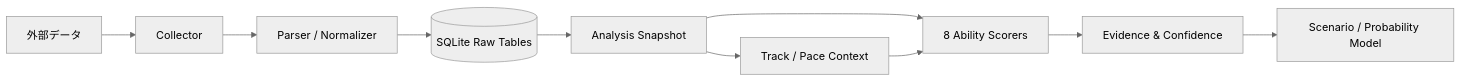
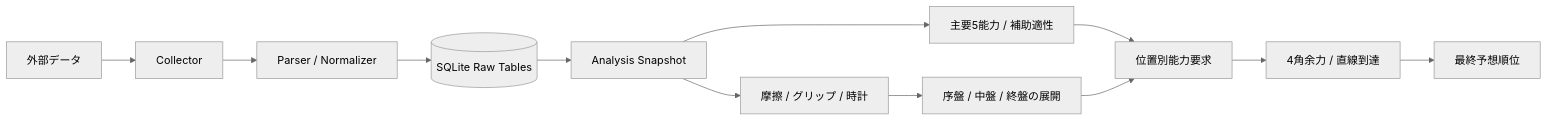
Before and after one commit to ItouHinata/keiba-analyzer-public: the diagram in README.md, drawn with Mermaid (neutral theme). The commit also changed other lines of this file and 7 other files, not shown here.

Commit message:
Update public portfolio to current prediction architecture

````diff
--- a/README.md
+++ b/README.md
@@ -85,12 +90,14 @@
 ```mermaid
 flowchart LR
     A[外部データ] --> B[Collector]
     B --> C[Parser / Normalizer]
     C --> D[(SQLite Raw Tables)]
     D --> E[Analysis Snapshot]
-    E --> F[Track / Pace Context]
-    E --> G[8 Ability Scorers]
-    F --> G
-    G --> H[Evidence & Confidence]
-    H --> I[Scenario / Probability Model]
+    E --> F[摩擦 / グリップ / 時計]
+    E --> G[主要5能力 / 補助適性]
+    F --> H[序盤 / 中盤 / 終盤の展開]
+    G --> I[位置別能力要求]
+    H --> I
+    I --> J[4角余力 / 直線到達]
+    J --> K[最終予想順位]
 ```
````
